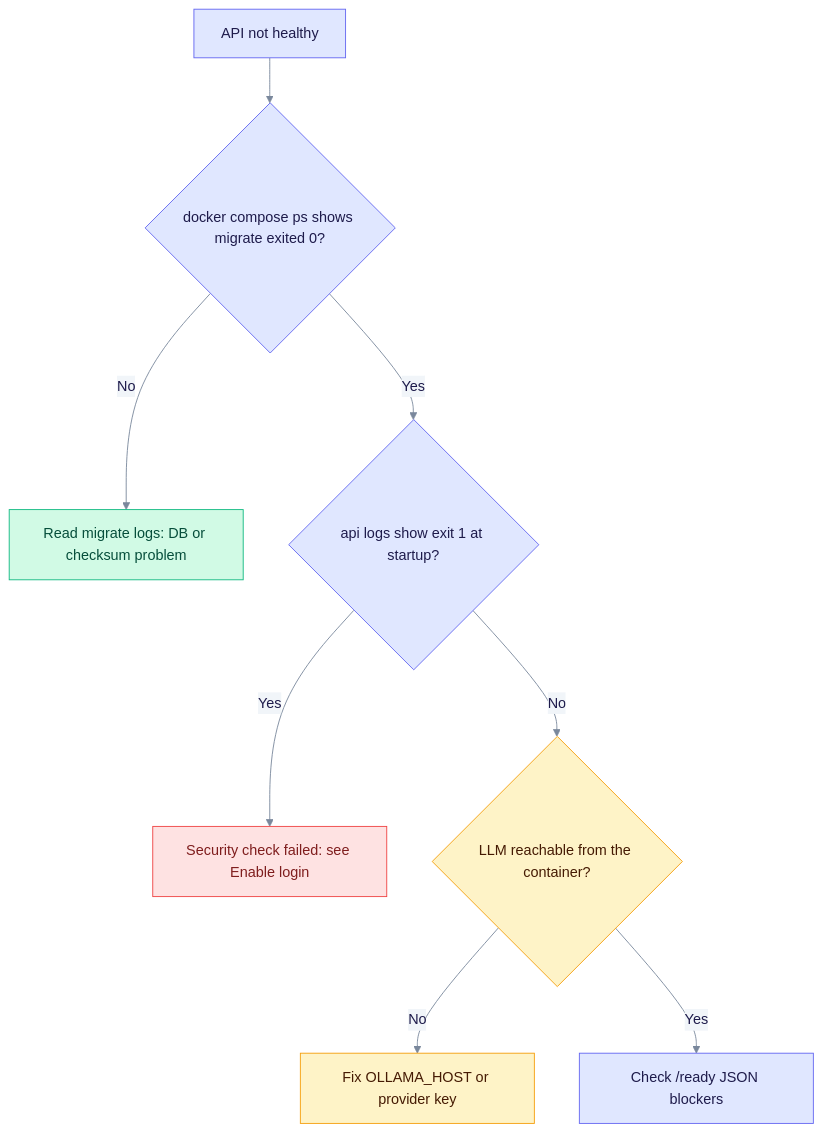
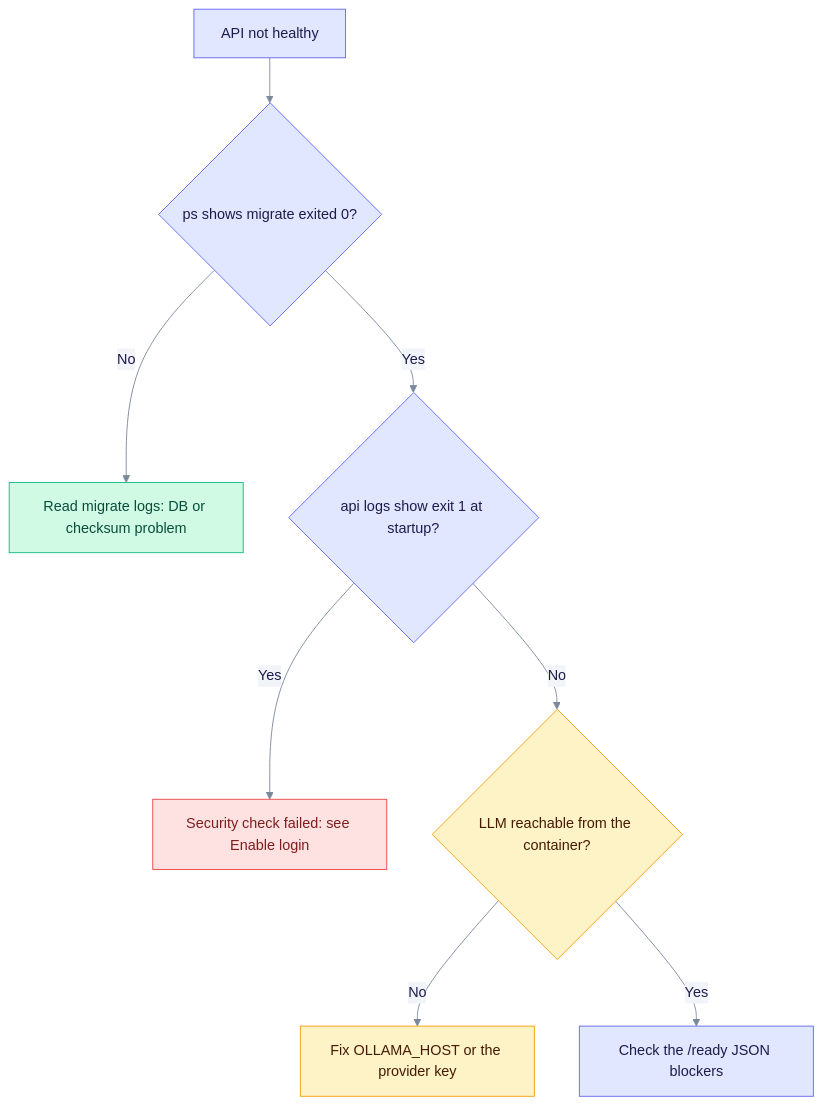
Before and after one commit to raphaelmansuy/edgequake: the second of 2 diagrams in docs/operations/docker-quickstart.md, drawn with Mermaid. The commit also changed other lines of this file and 194 other files, not shown here.

First line of the commit message:
Refresh docs against code and rebuild schema E/R as progressive steps

````diff
--- a/docs/operations/docker-quickstart.md
+++ b/docs/operations/docker-quickstart.md
@@ -170,19 +176,19 @@
 ```mermaid
 %%{init: {"theme":"base","themeVariables":{"primaryColor":"#E0E7FF","primaryBorderColor":"#6366F1","primaryTextColor":"#1E1B4B","secondaryColor":"#D1FAE5","secondaryBorderColor":"#10B981","secondaryTextColor":"#064E3B","tertiaryColor":"#FEF3C7","tertiaryBorderColor":"#F59E0B","tertiaryTextColor":"#6B7A90","lineColor":"#7A889C","clusterBkg":"rgba(99,102,241,0.07)","clusterBorder":"#A5B4FC","noteBkgColor":"#FEF9C3","noteTextColor":"#422006","textColor":"#6B7A90","titleColor":"#6B7A90","signalColor":"#7A889C","signalTextColor":"#6B7A90","loopTextColor":"#6B7A90","edgeLabelBackground":"#F1F5F9","actorLineColor":"#94A3B8"}}}%%
 %% eq-theme:v1
 flowchart TD
-  A["API not healthy"] --> B{"docker compose ps shows migrate exited 0?"}
+  A["API not healthy"] --> B{"ps shows migrate exited 0?"}
   B -->|No| C["Read migrate logs: DB or checksum problem"]
   B -->|Yes| D{"api logs show exit 1 at startup?"}
   D -->|Yes| E["Security check failed: see Enable login"]
   D -->|No| F{"LLM reachable from the container?"}
-  F -->|No| G["Fix OLLAMA_HOST or provider key"]
-  F -->|Yes| H["Check /ready JSON blockers"]
+  F -->|No| G["Fix OLLAMA_HOST or the provider key"]
+  F -->|Yes| H["Check the /ready JSON blockers"]
 %% eq-classes
 classDef eqStore fill:#D1FAE5,stroke:#10B981,color:#064E3B
 classDef eqBad fill:#FEE2E2,stroke:#EF4444,color:#7F1D1D
 classDef eqLlm fill:#FEF3C7,stroke:#F59E0B,color:#451A03
 class C eqStore
 class E eqBad
 class F,G eqLlm
 ```
````
